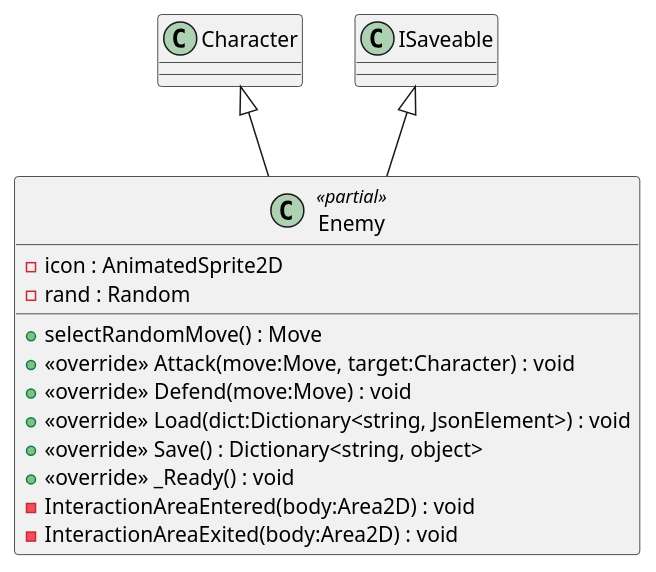
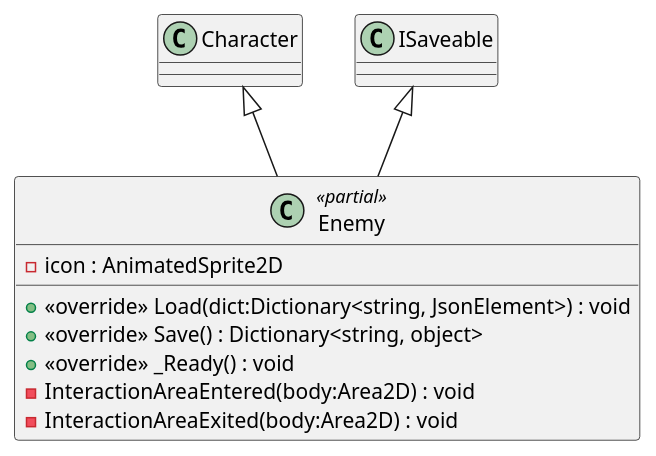
The diagram in PlantUML/scenes/Enemy.puml (Leximon-SWE-2025/Leximon), drawn with PlantUML before and after one commit. The commit also changed 13 other files, not shown here.

Commit message:
update UML

```diff
--- a/PlantUML/scenes/Enemy.puml
+++ b/PlantUML/scenes/Enemy.puml
@@ -1,16 +1,12 @@
 @startuml
 class Enemy <<partial>> {
     - icon : AnimatedSprite2D
-    - rand : Random
-    + selectRandomMove() : Move
-    + <<override>> Attack(move:Move, target:Character) : void
-    + <<override>> Defend(move:Move) : void
     + <<override>> Load(dict:Dictionary<string, JsonElement>) : void
     + <<override>> Save() : Dictionary<string, object>
     + <<override>> _Ready() : void
     - InteractionAreaEntered(body:Area2D) : void
     - InteractionAreaExited(body:Area2D) : void
 }
 Character <|-- Enemy
 ISaveable <|-- Enemy
 @enduml
```
